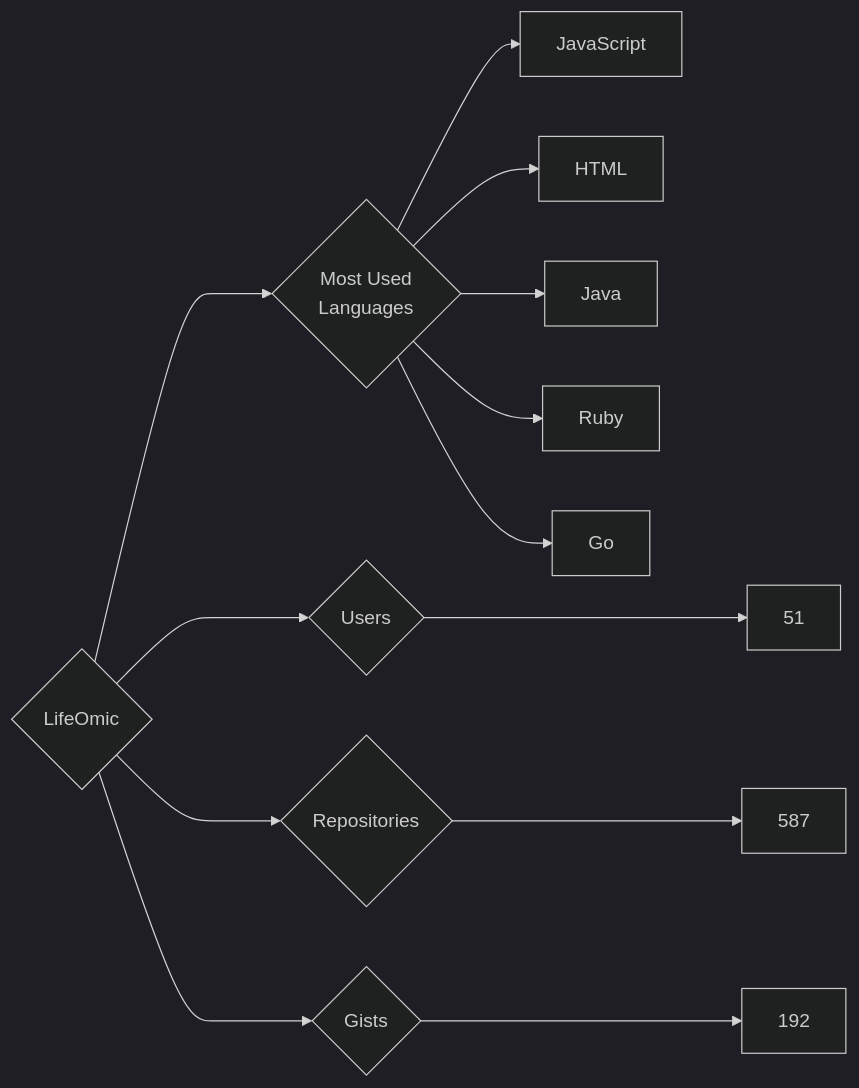
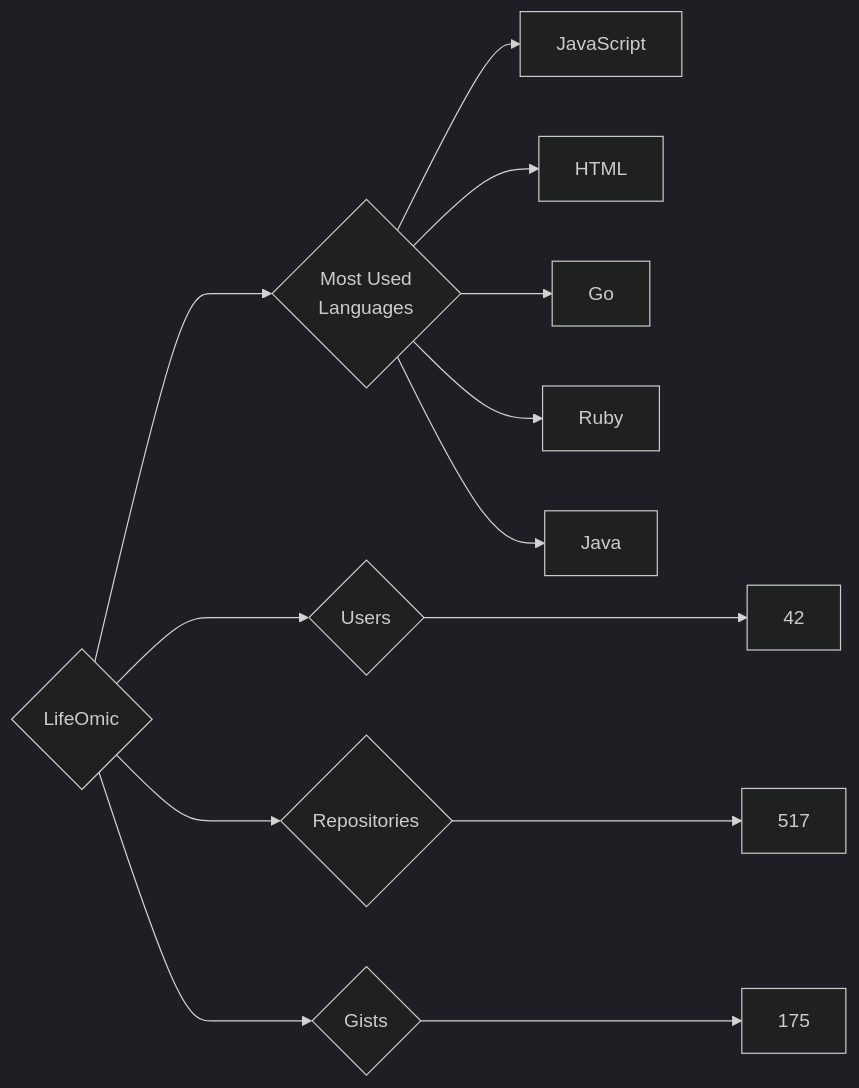
The diagram in targets/LifeOmic/README.md (trickest/insiders), drawn with Mermaid (dark theme) before and after one commit. The commit also changed 815 other files, not shown here.

````diff
--- a/targets/LifeOmic/README.md
+++ b/targets/LifeOmic/README.md
@@ -3,13 +3,13 @@
 ```mermaid
 graph LR
 COMPANY_NAME{LifeOmic}
-COMPANY_NAME ---> U{Users} ---> UN[51]
-COMPANY_NAME ---> R{Repositories} ---> RN[587]
-COMPANY_NAME ---> G{Gists} ---> GN[192]
+COMPANY_NAME ---> U{Users} ---> UN[42]
+COMPANY_NAME ---> R{Repositories} ---> RN[517]
+COMPANY_NAME ---> G{Gists} ---> GN[175]
 COMPANY_NAME ---> ML{Most Used<br>Languages}
 ML --> JavaScript[JavaScript]
 ML --> HTML[HTML]
+ML --> Go[Go]
+ML --> Ruby[Ruby]
 ML --> Java[Java]
-ML --> Ruby[Ruby]
-ML --> Go[Go]
 ```
````
